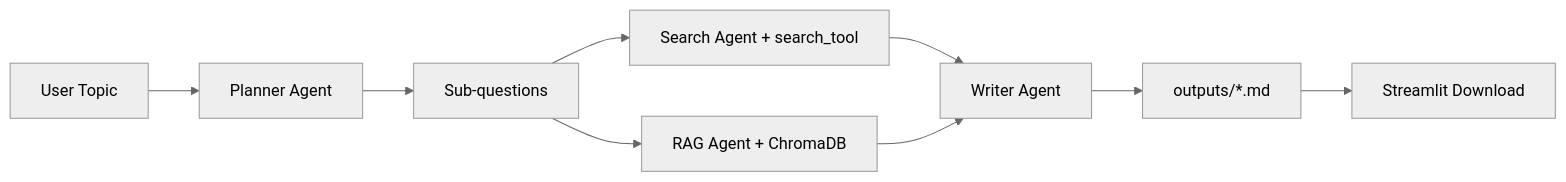
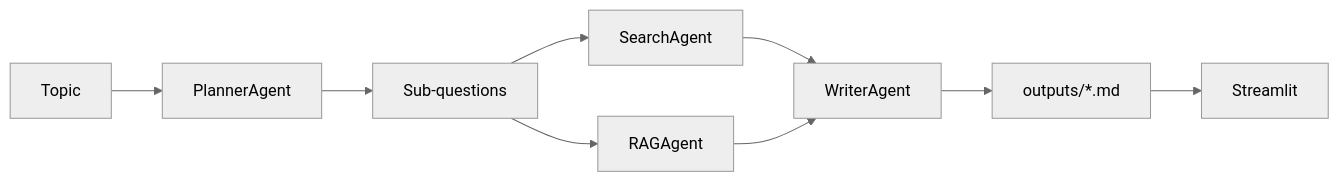
Before and after one commit to diaboliquepapillon/research-pipeline: the diagram in README.md, drawn with Mermaid (neutral theme). The commit also changed other lines of this file, not shown here.

````diff
--- a/README.md
+++ b/README.md
@@ -22,11 +35,11 @@
 ```mermaid
 flowchart LR
-    U[User Topic] --> P[Planner Agent]
-    P --> SQ[Sub-questions]
-    SQ --> S[Search Agent + search_tool]
-    SQ --> R[RAG Agent + ChromaDB]
-    S --> W[Writer Agent]
-    R --> W
-    W --> O[outputs/*.md]
-    O --> UI[Streamlit Download]
+  T[Topic] --> P[PlannerAgent]
+  P --> Q[Sub-questions]
+  Q --> S[SearchAgent]
+  Q --> R[RAGAgent]
+  S --> W[WriterAgent]
+  R --> W
+  W --> O[outputs/*.md]
+  O --> UI[Streamlit]
 ```
````
